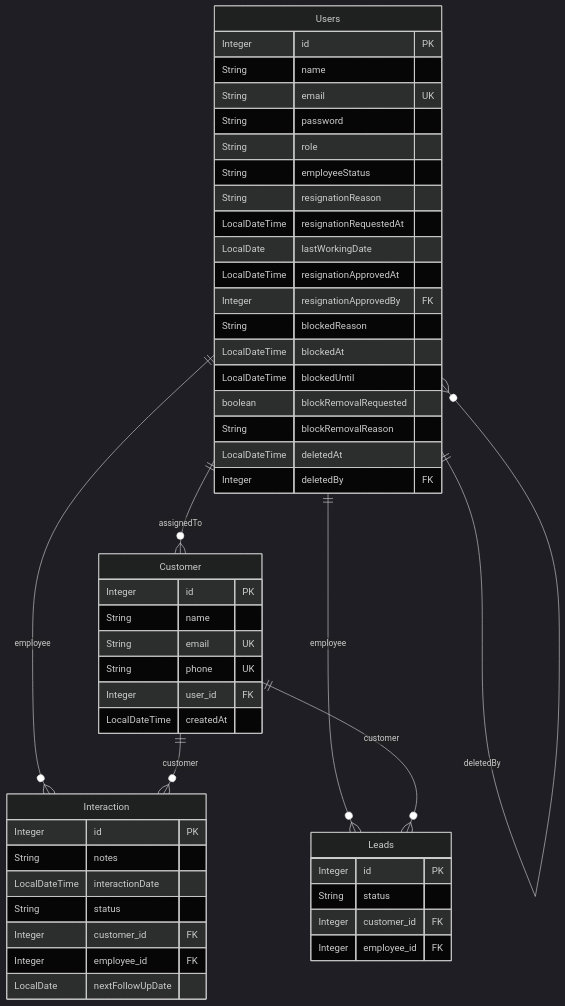
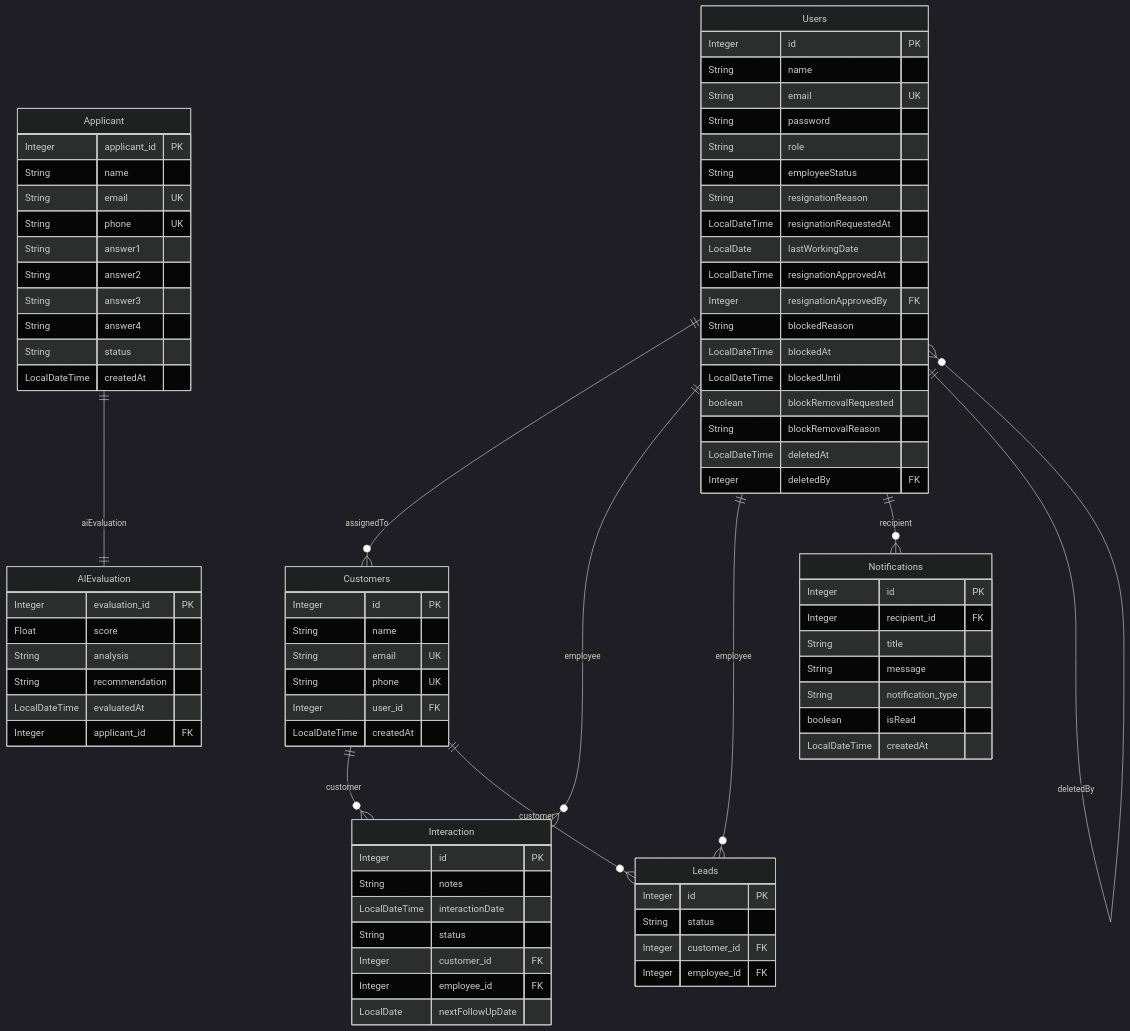
One commit to ivanshu111/CustomerRelationshipManagement_CRM changed the diagram in PROJECT_DOCUMENTATION.md. Above: the diagram before and after it, drawn with Mermaid (dark theme). The commit also changed other lines of this file and 2 other files, not shown here.

````diff
--- a/PROJECT_DOCUMENTATION.md
+++ b/PROJECT_DOCUMENTATION.md
@@ -165,7 +212,7 @@
         LocalDateTime deletedAt
         Integer deletedBy FK
     }
-    Customer {
+    Customers {
         Integer id PK
         String name
         String email UK
@@ -188,12 +235,43 @@
         Integer customer_id FK
         Integer employee_id FK
     }
+    Notifications {
+        Integer id PK
+        Integer recipient_id FK
+        String title
+        String message
+        String notification_type
+        boolean isRead
+        LocalDateTime createdAt
+    }
+    Applicant {
+        Integer applicant_id PK
+        String name
+        String email UK
+        String phone UK
+        String answer1
+        String answer2
+        String answer3
+        String answer4
+        String status
+        LocalDateTime createdAt
+    }
+    AIEvaluation {
+        Integer evaluation_id PK
+        Float score
+        String analysis
+        String recommendation
+        LocalDateTime evaluatedAt
+        Integer applicant_id FK
+    }
 
-    Users ||--o{ Customer : "assignedTo"
+    Users ||--o{ Customers : "assignedTo"
     Users ||--o{ Interaction : "employee"
     Users ||--o{ Leads : "employee"
-    Customer ||--o{ Interaction : "customer"
-    Customer ||--o{ Leads : "customer"
+    Users ||--o{ Notifications : "recipient"
+    Customers ||--o{ Interaction : "customer"
+    Customers ||--o{ Leads : "customer"
     Users ||--o{ Users : "resignationApprovedBy"
     Users ||--o{ Users : "deletedBy"
+    Applicant ||--|| AIEvaluation : "aiEvaluation"
 ```
````
